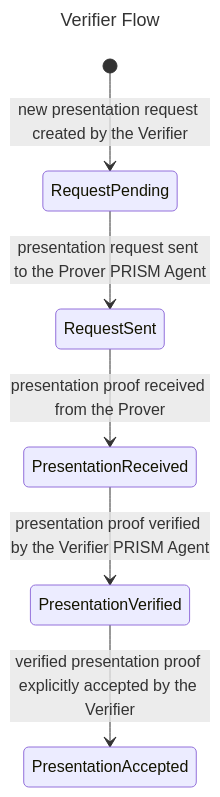
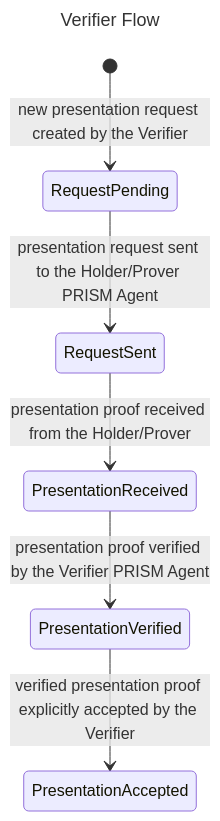
The first of 2 diagrams in docs/docusaurus/credentials/present-proof.md (hyperledger/identus-cloud-agent), drawn with Mermaid before and after one commit. The commit also changed other lines of this file and 11 other files, not shown here.

````diff
--- a/docs/docusaurus/credentials/present-proof.md
+++ b/docs/docusaurus/credentials/present-proof.md
@@ -95,11 +95,11 @@
 ```mermaid
 ---
 title: Verifier Flow
 ---
 stateDiagram-v2
   [*] --> RequestPending: new presentation request created by the Verifier
-  RequestPending --> RequestSent: presentation request sent to the Prover PRISM Agent
-  RequestSent --> PresentationReceived: presentation proof received from the Prover
+  RequestPending --> RequestSent: presentation request sent to the Holder/Prover PRISM Agent
+  RequestSent --> PresentationReceived: presentation proof received from the Holder/Prover
   PresentationReceived --> PresentationVerified: presentation proof verified by the Verifier PRISM Agent
   PresentationVerified --> PresentationAccepted: verified presentation proof explicitly accepted by the Verifier
 ```
````
